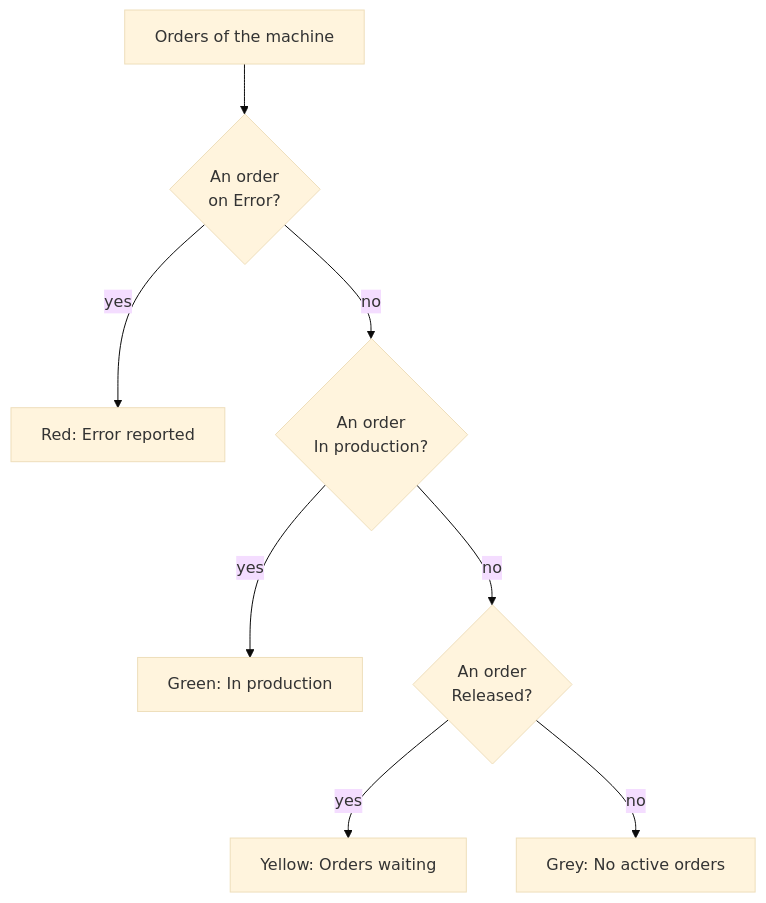
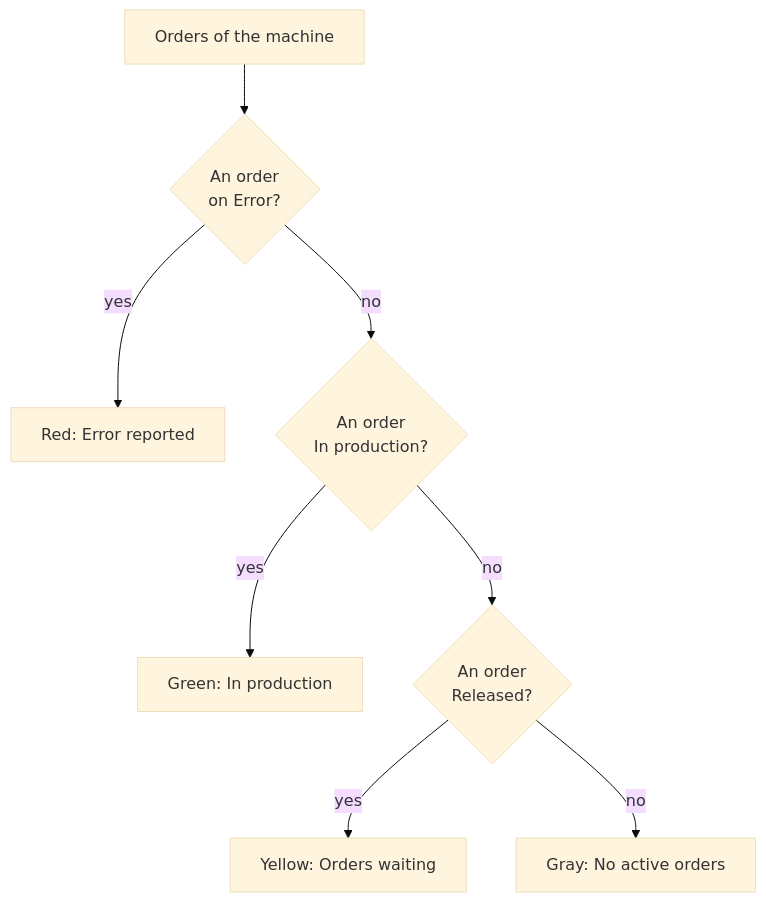
The diagram in docs/machine-park/index.en.md (Herzog-GmbH/HerzogCAB-Docs), drawn with Mermaid (base theme) before and after one commit. The commit also changed other lines of this file and 92 other files, not shown here.

````diff
--- a/docs/machine-park/index.en.md
+++ b/docs/machine-park/index.en.md
@@ -109,10 +109,10 @@
 ```mermaid
 flowchart TD
   A[Orders of the machine] --> F{An order<br>on Error?}
   F -- yes --> R[Red: Error reported]
   F -- no --> P{An order<br>In production?}
   P -- yes --> G[Green: In production]
   P -- no --> W{An order<br>Released?}
   W -- yes --> Y[Yellow: Orders waiting]
-  W -- no --> N[Grey: No active orders]
+  W -- no --> N[Gray: No active orders]
 ```
````
